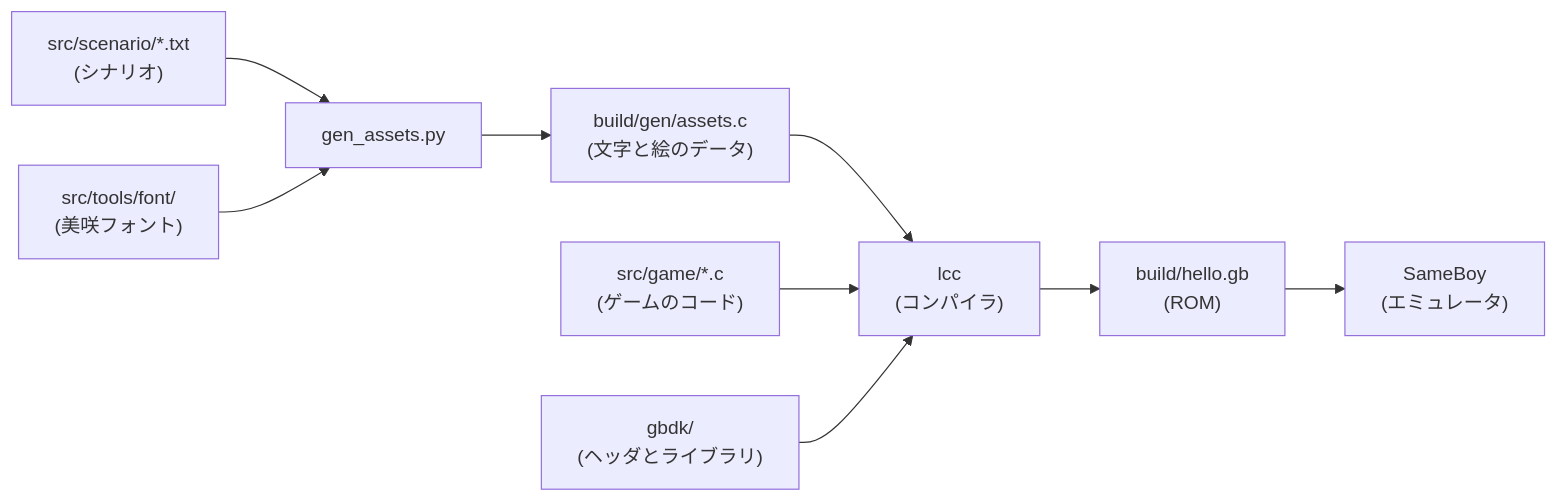
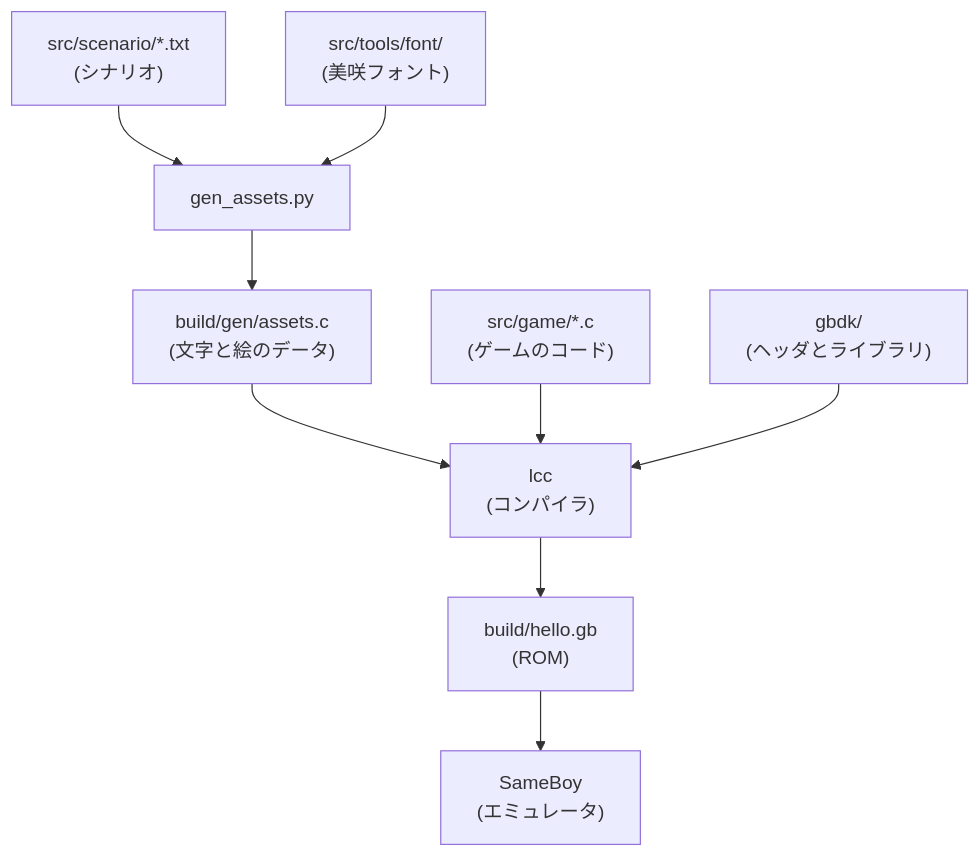
The diagram in README.md (hgssnk/gameboy-devlog), drawn with Mermaid before and after one commit.

Commit message:
README: ビルドの流れの図を縦向きにする

````diff
--- a/README.md
+++ b/README.md
@@ -41,11 +41,11 @@
 ```mermaid
-flowchart LR
+flowchart TD
     T["src/scenario/*.txt<br>(シナリオ)"] --> G["gen_assets.py"]
     F["src/tools/font/<br>(美咲フォント)"] --> G
     G --> A["build/gen/assets.c<br>(文字と絵のデータ)"]
     A --> C["lcc<br>(コンパイラ)"]
     S["src/game/*.c<br>(ゲームのコード)"] --> C
     B["gbdk/<br>(ヘッダとライブラリ)"] --> C
     C --> D["build/hello.gb<br>(ROM)"]
     D --> E["SameBoy<br>(エミュレータ)"]
 ```
````
